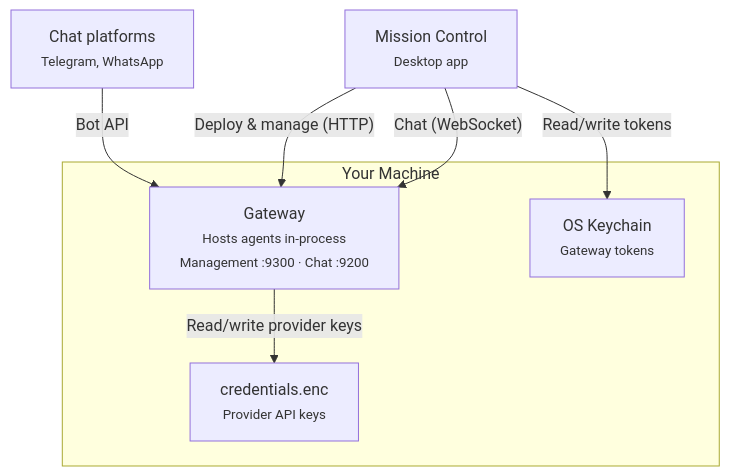
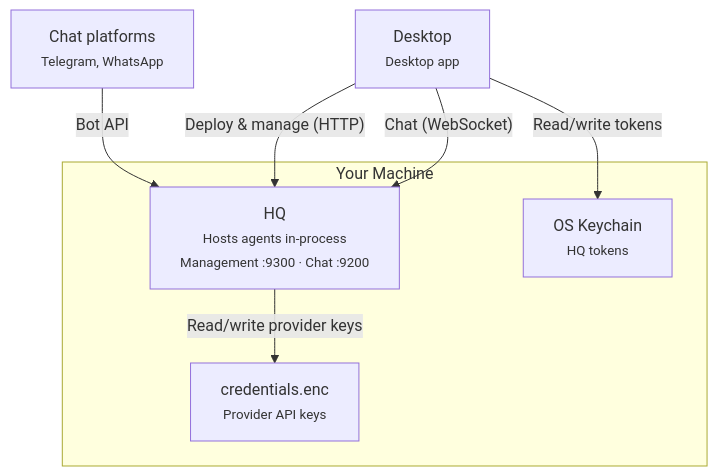
The diagram in README.md (volumegambit/Dash), drawn with Mermaid before and after one commit. The commit also changed other lines of this file and 165 other files, not shown here.

Commit message:
Rename Gateway to HQ and Mission Control to Desktop

````diff
--- a/README.md
+++ b/README.md
@@ -62,18 +62,18 @@
 ```mermaid
 graph TB
   platforms["Chat platforms<br/><small>Telegram, WhatsApp</small>"]
 
   subgraph infra ["Your Machine"]
-    gateway["Gateway<br/><small>Hosts agents in-process<br/>Management :9300 · Chat :9200</small>"]
-    keychain["OS Keychain<br/><small>Gateway tokens</small>"]
+    gateway["HQ<br/><small>Hosts agents in-process<br/>Management :9300 · Chat :9200</small>"]
+    keychain["OS Keychain<br/><small>HQ tokens</small>"]
     enc["credentials.enc<br/><small>Provider API keys</small>"]
   end
 
-  mc["Mission Control<br/><small>Desktop app</small>"]
+  mc["Desktop<br/><small>Desktop app</small>"]
 
   platforms -- "Bot API" --> gateway
   mc -- "Deploy & manage (HTTP)" --> gateway
   mc -- "Chat (WebSocket)" --> gateway
   mc -- "Read/write tokens" --> keychain
   gateway -- "Read/write provider keys" --> enc
 ```
````
